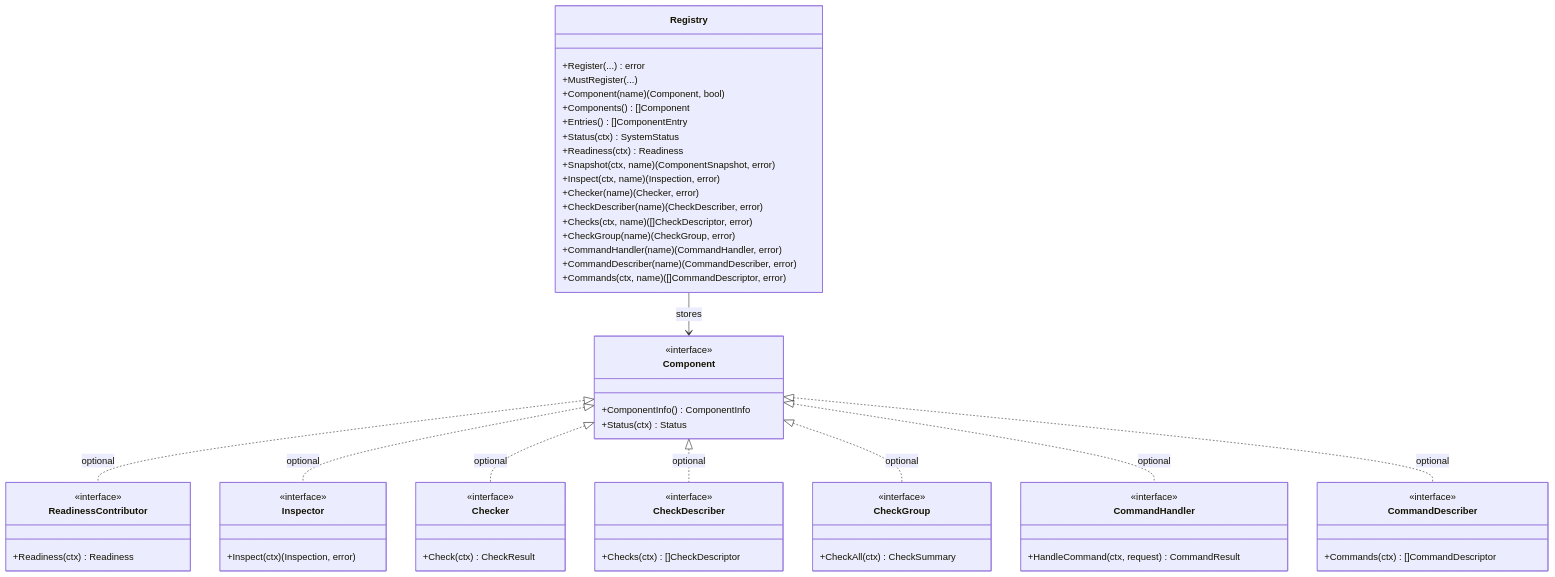
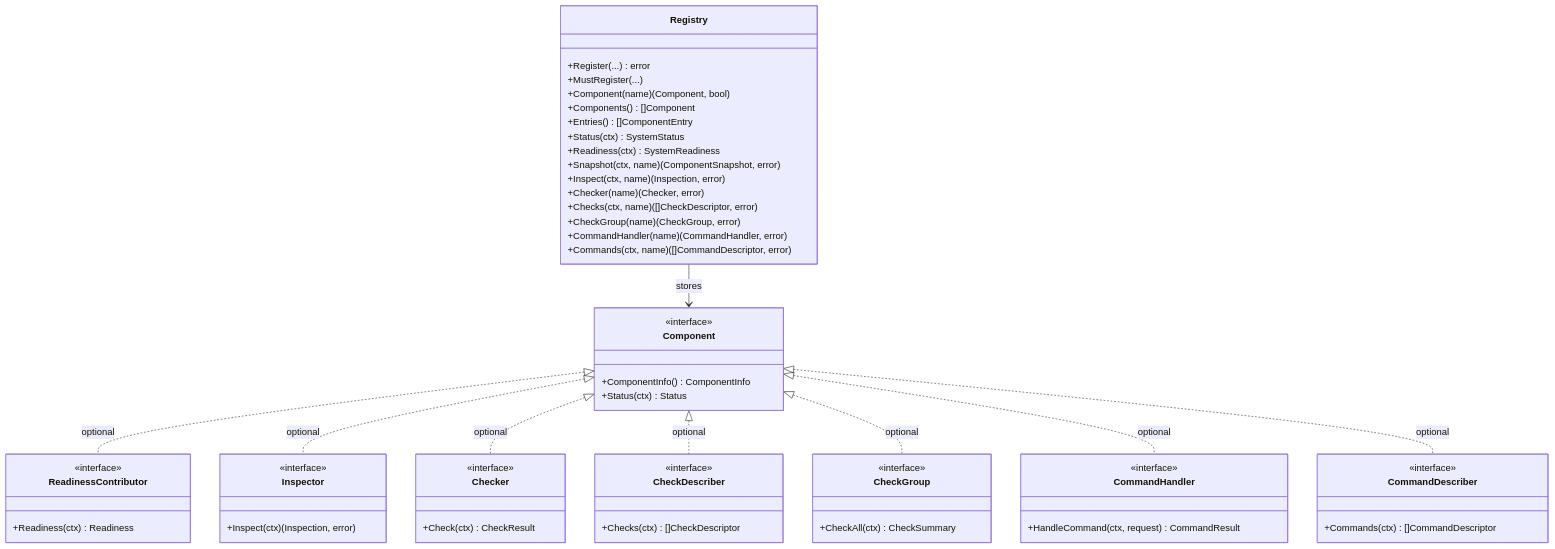
The second of 4 diagrams in docs/design.md (jaredjakacky/opskit), drawn with Mermaid before and after one commit. The commit also changed other lines of this file and 14 other files, not shown here.

````diff
--- a/docs/design.md
+++ b/docs/design.md
@@ -229,71 +229,69 @@
 ```mermaid
 classDiagram
   class Registry {
     +Register(...) error
     +MustRegister(...)
     +Component(name) (Component, bool)
     +Components() []Component
     +Entries() []ComponentEntry
     +Status(ctx) SystemStatus
-    +Readiness(ctx) Readiness
+    +Readiness(ctx) SystemReadiness
     +Snapshot(ctx, name) (ComponentSnapshot, error)
     +Inspect(ctx, name) (Inspection, error)
     +Checker(name) (Checker, error)
-    +CheckDescriber(name) (CheckDescriber, error)
     +Checks(ctx, name) ([]CheckDescriptor, error)
     +CheckGroup(name) (CheckGroup, error)
     +CommandHandler(name) (CommandHandler, error)
-    +CommandDescriber(name) (CommandDescriber, error)
     +Commands(ctx, name) ([]CommandDescriptor, error)
   }
 
   class Component {
     <<interface>>
     +ComponentInfo() ComponentInfo
     +Status(ctx) Status
   }
 
   class ReadinessContributor {
     <<interface>>
     +Readiness(ctx) Readiness
   }
 
   class Inspector {
     <<interface>>
     +Inspect(ctx) (Inspection, error)
   }
 
   class Checker {
     <<interface>>
     +Check(ctx) CheckResult
   }
 
   class CheckDescriber {
     <<interface>>
     +Checks(ctx) []CheckDescriptor
   }
 
   class CheckGroup {
     <<interface>>
     +CheckAll(ctx) CheckSummary
   }
 
   class CommandHandler {
     <<interface>>
     +HandleCommand(ctx, request) CommandResult
   }
 
   class CommandDescriber {
     <<interface>>
     +Commands(ctx) []CommandDescriptor
   }
 
   Registry --> Component : stores
   Component <|.. ReadinessContributor : optional
   Component <|.. Inspector : optional
   Component <|.. Checker : optional
   Component <|.. CheckDescriber : optional
   Component <|.. CheckGroup : optional
   Component <|.. CommandHandler : optional
   Component <|.. CommandDescriber : optional
 ```
````
